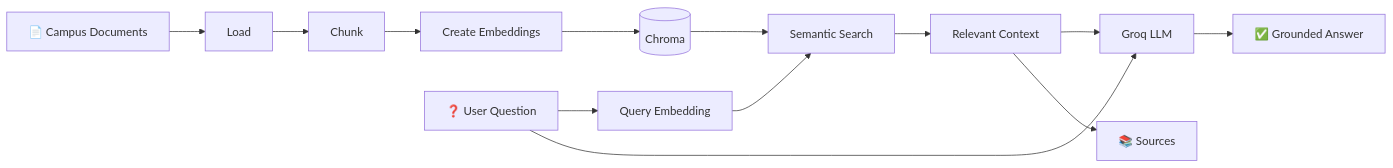
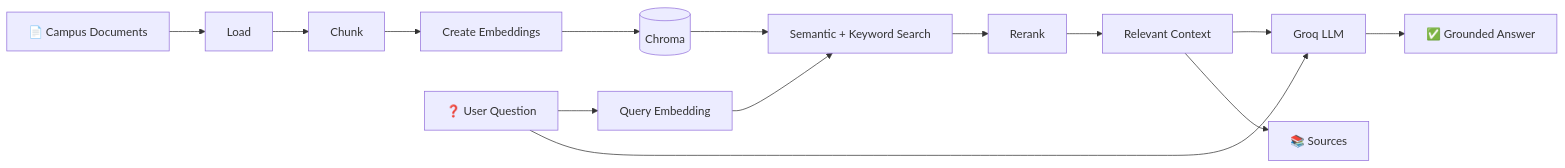
Before and after one commit to varunaditya27/campus-copilot: the fourth of 7 diagrams in README.md, drawn with Mermaid. The commit also changed other lines of this file and 30 other files, not shown here.

````diff
--- a/README.md
+++ b/README.md
@@ -179,16 +179,17 @@
 ```mermaid
 flowchart LR
     DOCS[📄 Campus Documents] --> LOAD[Load]
     LOAD --> CHUNK[Chunk]
     CHUNK --> EMBED[Create Embeddings]
     EMBED --> STORE[(Chroma)]
 
     Q[❓ User Question] --> QE[Query Embedding]
-    QE --> SEARCH[Semantic Search]
+    QE --> SEARCH[Semantic + Keyword Search]
     STORE --> SEARCH
-    SEARCH --> CTX[Relevant Context]
+    SEARCH --> RERANK[Rerank]
+    RERANK --> CTX[Relevant Context]
     CTX --> LLM[Groq LLM]
     Q --> LLM
     LLM --> ANS[✅ Grounded Answer]
     CTX --> SRC[📚 Sources]
 ```
````
